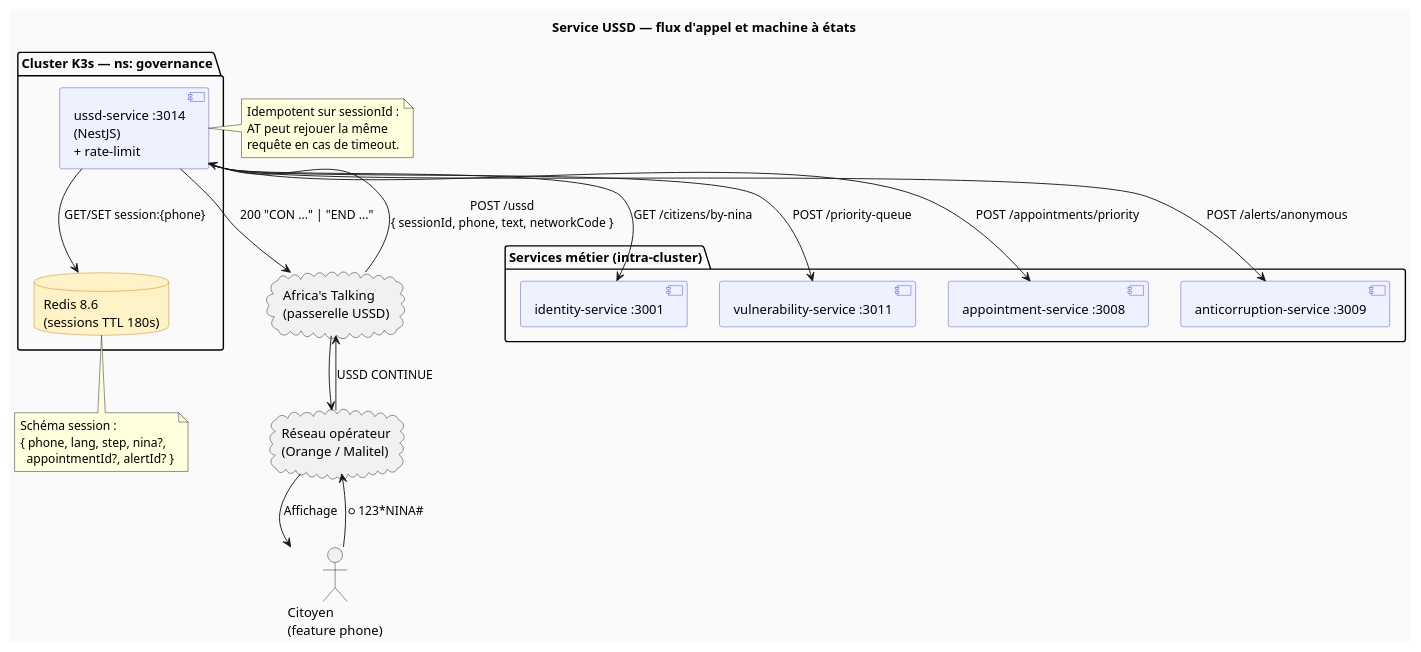
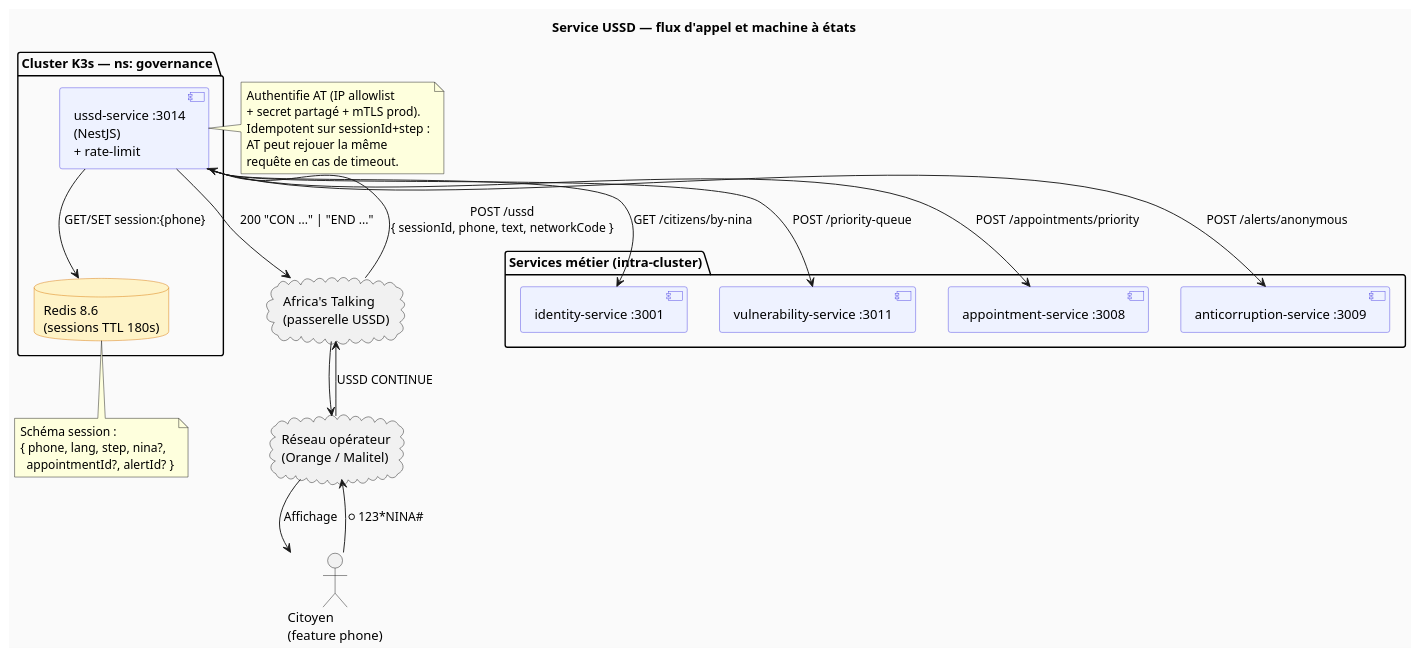
The first of 3 diagrams in docs/14-USSD-SERVICE-AFRICAS-TALKING.md (TheManInPink/Session-Ete-2026), drawn with PlantUML before and after one commit. The commit also changed other lines of this file and 8 other files, not shown here.

````diff
--- a/docs/14-USSD-SERVICE-AFRICAS-TALKING.md
+++ b/docs/14-USSD-SERVICE-AFRICAS-TALKING.md
@@ -75,60 +90,62 @@
 ```plantuml
 @startuml NINA-AES_USSDArchitecture
 title Service USSD — flux d'appel et machine à états
 
 skinparam backgroundColor #FAFAFA
 skinparam shadowing false
 
 skinparam component {
   BackgroundColor #EEF2FF
   BorderColor #4F46E5
 }
 
 skinparam database {
   BackgroundColor #FEF3C7
   BorderColor #D97706
 }
 
 actor "Citoyen\n(feature phone)" as User
 
 cloud "Réseau opérateur\n(Orange / Malitel)" as GSM
 cloud "Africa's Talking\n(passerelle USSD)" as AT
 
 package "Cluster K3s — ns: governance" as NS {
   component "ussd-service :3014\n(NestJS)\n+ rate-limit" as USSD
   database "Redis 8.6\n(sessions TTL 180s)" as Redis
 }
 
 package "Services métier (intra-cluster)" as Internal {
   component "identity-service :3001" as Identity
   component "vulnerability-service :3011" as Vuln
   component "appointment-service :3008" as Appt
   component "anticorruption-service :3009" as SIGAC
 }
 
 User -down-> GSM : *123*NINA#
 GSM  -down-> AT : USSD CONTINUE
 AT   -down-> USSD : POST /ussd\n{ sessionId, phone, text, networkCode }
 USSD --> Redis : GET/SET session:{phone}
 USSD --> Identity : GET /citizens/by-nina
 USSD --> Vuln    : POST /priority-queue
 USSD --> Appt    : POST /appointments/priority
 USSD --> SIGAC   : POST /alerts/anonymous
 USSD -down-> AT : 200 "CON ..." | "END ..."
 AT   -down-> GSM
 GSM  -down-> User : Affichage
 
 note right of USSD
-  Idempotent sur sessionId :
+  Authentifie AT (IP allowlist
+  + secret partagé + mTLS prod).
+  Idempotent sur sessionId+step :
   AT peut rejouer la même
   requête en cas de timeout.
 end note
 
 note bottom of Redis
   Schéma session :
   { phone, lang, step, nina?,
     appointmentId?, alertId? }
 end note
 
 @enduml
 ```
````
